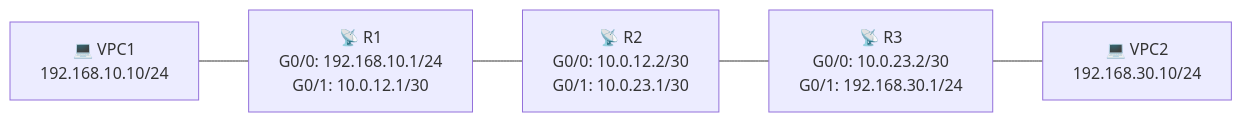
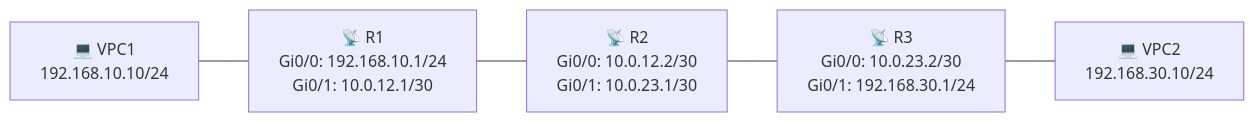
The second of 3 diagrams in labs/lab04.md (oficialvzi/PTR), drawn with Mermaid before and after one commit. The commit also changed other lines of this file and 14 other files, not shown here.

````diff
--- a/labs/lab04.md
+++ b/labs/lab04.md
@@ -95,7 +116,7 @@
 ```mermaid
 flowchart LR
-    PC1["💻 VPC1<br/>192.168.10.10/24"] --- R1["📡 R1<br/>G0/0: 192.168.10.1/24<br/>G0/1: 10.0.12.1/30"]
-    R1 --- R2["📡 R2<br/>G0/0: 10.0.12.2/30<br/>G0/1: 10.0.23.1/30"]
-    R2 --- R3["📡 R3<br/>G0/0: 10.0.23.2/30<br/>G0/1: 192.168.30.1/24"]
-    R3 --- PC3["💻 VPC2<br/>192.168.30.10/24"]
+    PC1["💻 VPC1<br/>192.168.10.10/24"] --- R1["📡 R1<br/>Gi0/0: 192.168.10.1/24<br/>Gi0/1: 10.0.12.1/30"]
+    R1 --- R2["📡 R2<br/>Gi0/0: 10.0.12.2/30<br/>Gi0/1: 10.0.23.1/30"]
+    R2 --- R3["📡 R3<br/>Gi0/0: 10.0.23.2/30<br/>Gi0/1: 192.168.30.1/24"]
+    R3 --- PC2["💻 VPC2<br/>192.168.30.10/24"]
 ```
````
